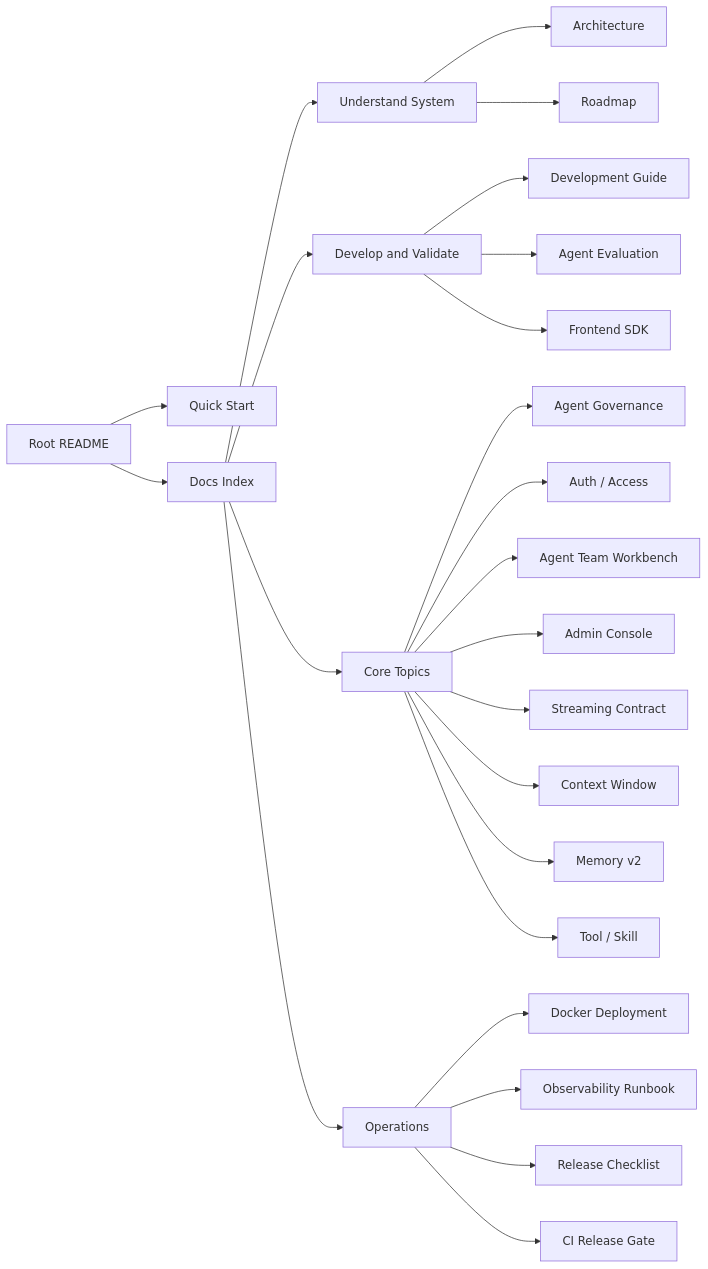
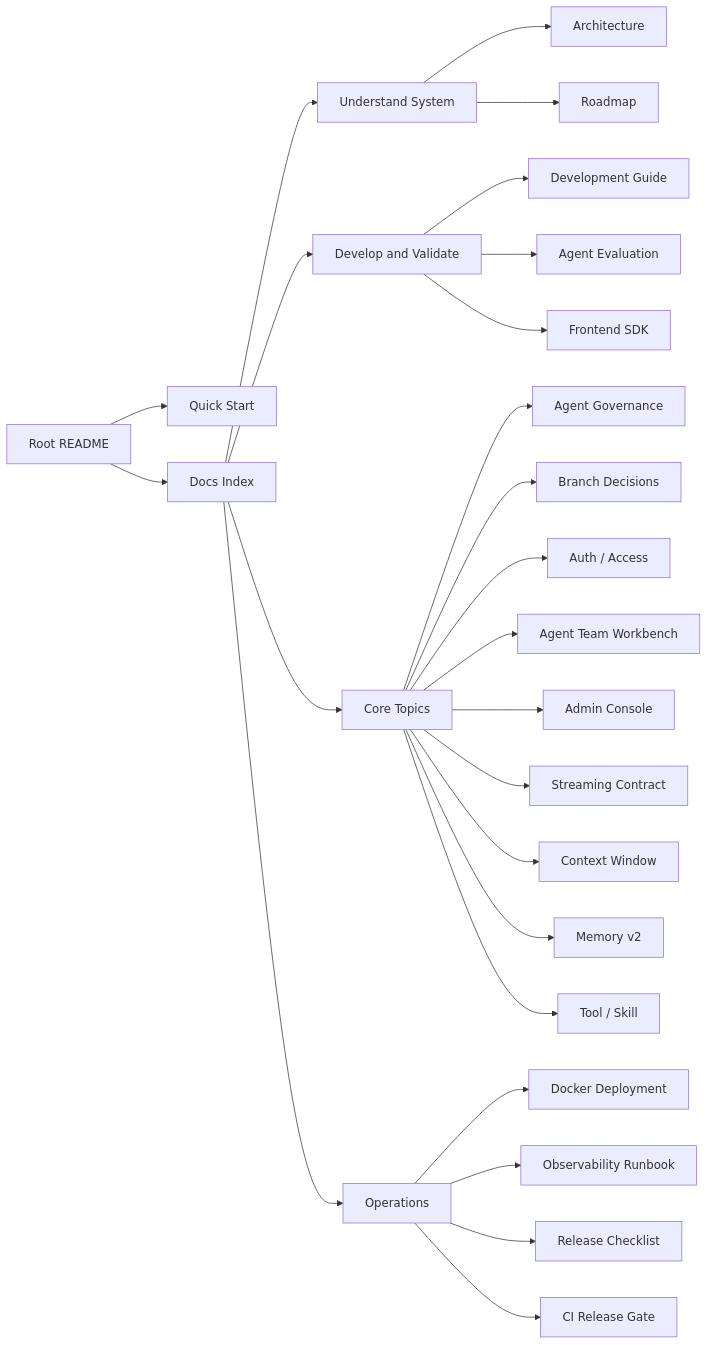
The diagram in docs/README.md (William-zgx/focus-agent), drawn with Mermaid before and after one commit. The commit also changed other lines of this file and 484 other files, not shown here.

Commit message:
feat: add workbench branch decision baseline

````diff
--- a/docs/README.md
+++ b/docs/README.md
@@ -9,26 +9,27 @@
 ```mermaid
 flowchart LR
     README["Root README"] --> Quick["Quick Start"]
     README --> Docs["Docs Index"]
     Docs --> Understand["Understand System"]
     Docs --> Develop["Develop and Validate"]
     Docs --> Topics["Core Topics"]
     Docs --> Ops["Operations"]
     Understand --> Architecture["Architecture"]
     Understand --> Roadmap["Roadmap"]
     Develop --> DevGuide["Development Guide"]
     Develop --> EvalGuide["Agent Evaluation"]
     Develop --> SDK["Frontend SDK"]
     Topics --> Governance["Agent Governance"]
+    Topics --> BranchDecision["Branch Decisions"]
     Topics --> AuthAccess["Auth / Access"]
     Topics --> AgentTeam["Agent Team Workbench"]
     Topics --> Admin["Admin Console"]
     Topics --> Streaming["Streaming Contract"]
     Topics --> ContextWindow["Context Window"]
     Topics --> Memory["Memory v2"]
     Topics --> Tools["Tool / Skill"]
     Ops --> Docker["Docker Deployment"]
     Ops --> Observability["Observability Runbook"]
     Ops --> Release["Release Checklist"]
     Ops --> CIGate["CI Release Gate"]
 ```
````
